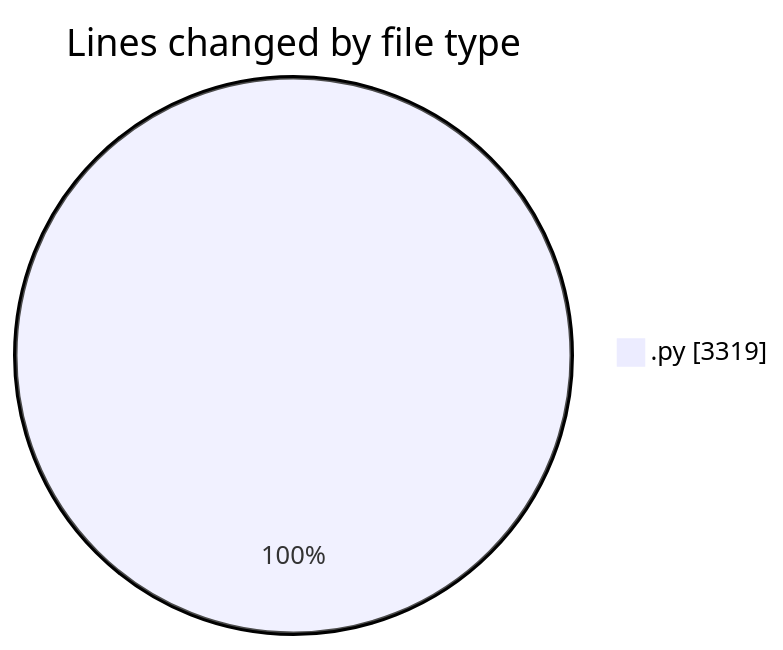
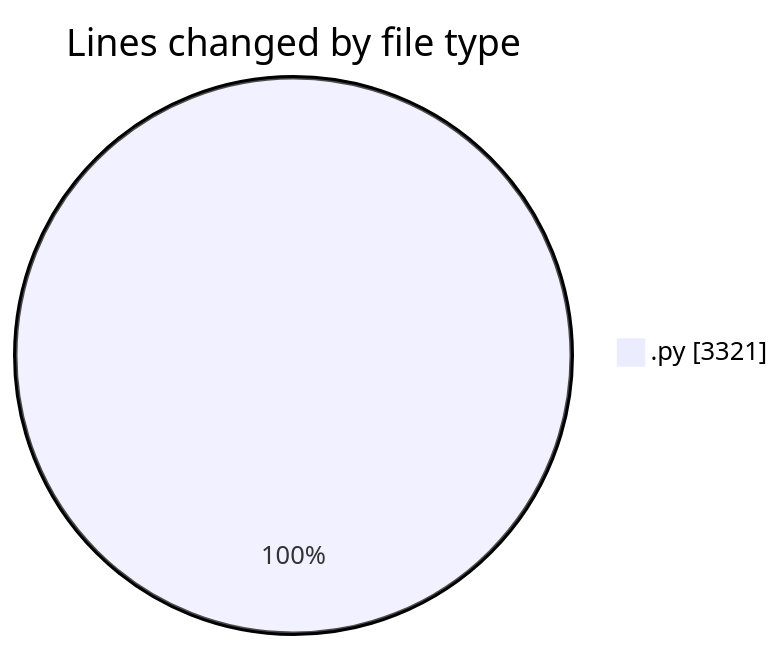
Before and after one commit to julien-gomy/code-tracking: the first of 2 diagrams in 2025-11-19/eventscop-api-guide__workspace_/README.md, drawn with Mermaid. The commit also changed other lines of this file and 1 other file, not shown here.

````diff
--- a/2025-11-19/eventscop-api-guide__workspace_/README.md
+++ b/2025-11-19/eventscop-api-guide__workspace_/README.md
@@ -25,5 +25,5 @@
 ```mermaid
 pie showData
 title Lines changed by file type
-".py" : 3319
+".py" : 3321
 ```
````
